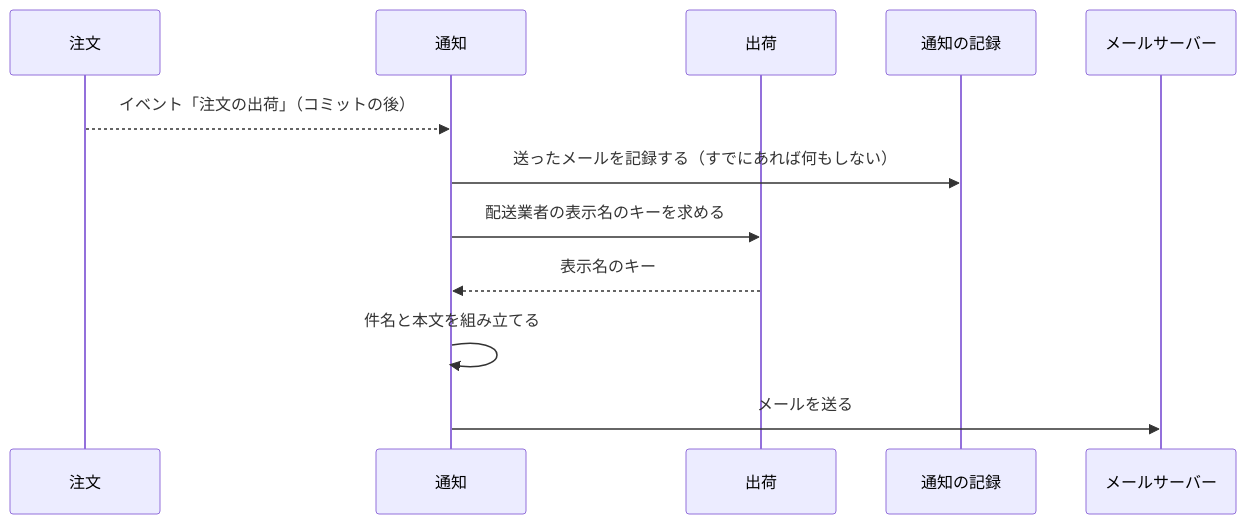
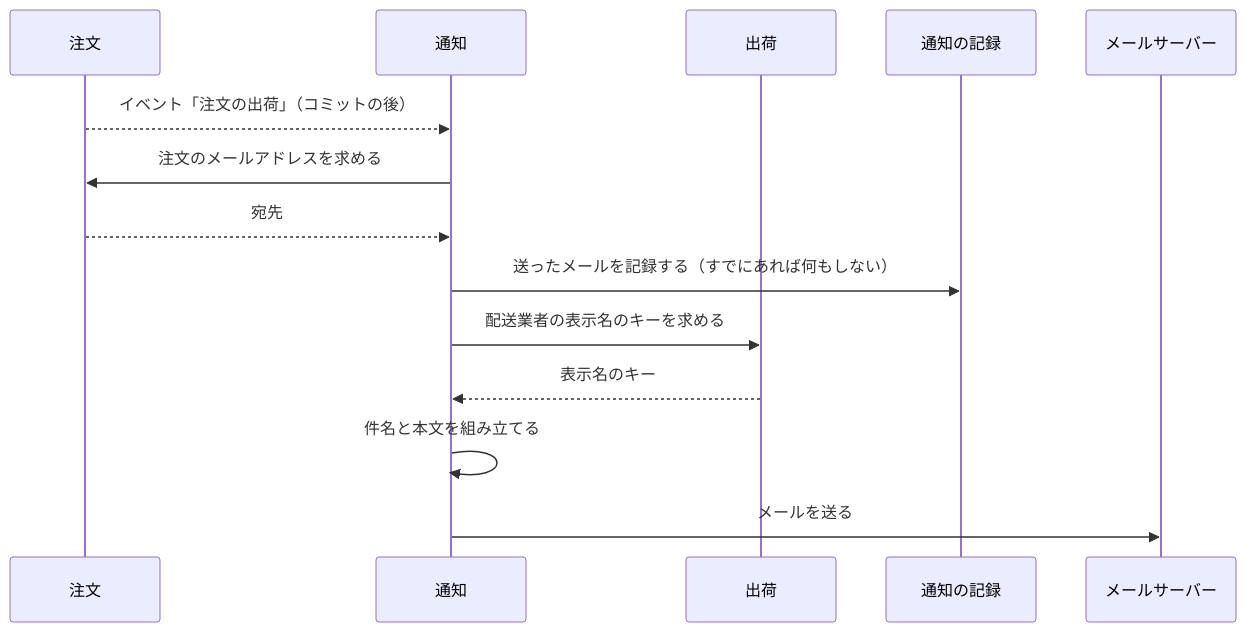
The diagram in docs/02-設計/notification.md (roger88106/ec-site), drawn with Mermaid before and after one commit. The commit also changed other lines of this file and 5 other files, not shown here.

````diff
--- a/docs/02-設計/notification.md
+++ b/docs/02-設計/notification.md
@@ -34,14 +34,16 @@
 ```mermaid
 sequenceDiagram
     participant O as 注文
     participant N as 通知
     participant S as 出荷
     participant D as 通知の記録
     participant M as メールサーバー
     O-->>N: イベント「注文の出荷」（コミットの後）
+    N->>O: 注文のメールアドレスを求める
+    O-->>N: 宛先
     N->>D: 送ったメールを記録する（すでにあれば何もしない）
     N->>S: 配送業者の表示名のキーを求める
     S-->>N: 表示名のキー
     N->>N: 件名と本文を組み立てる
     N->>M: メールを送る
 ```
````
